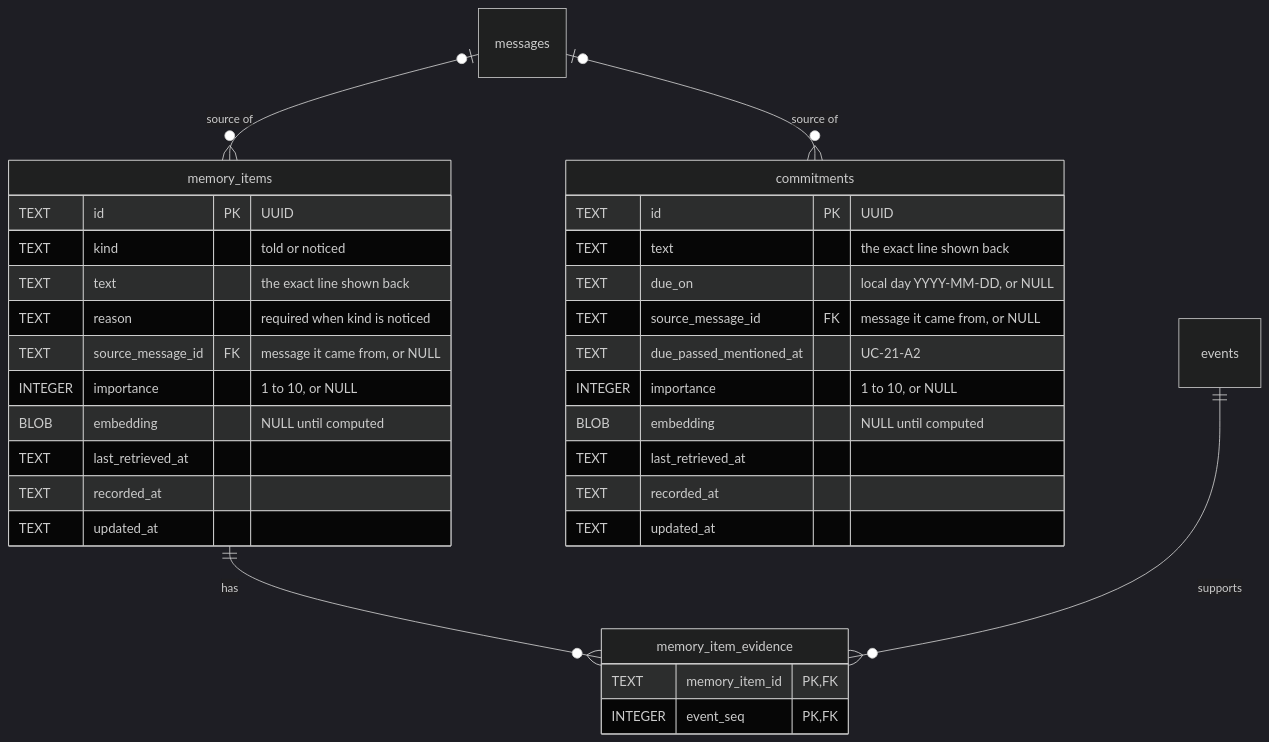
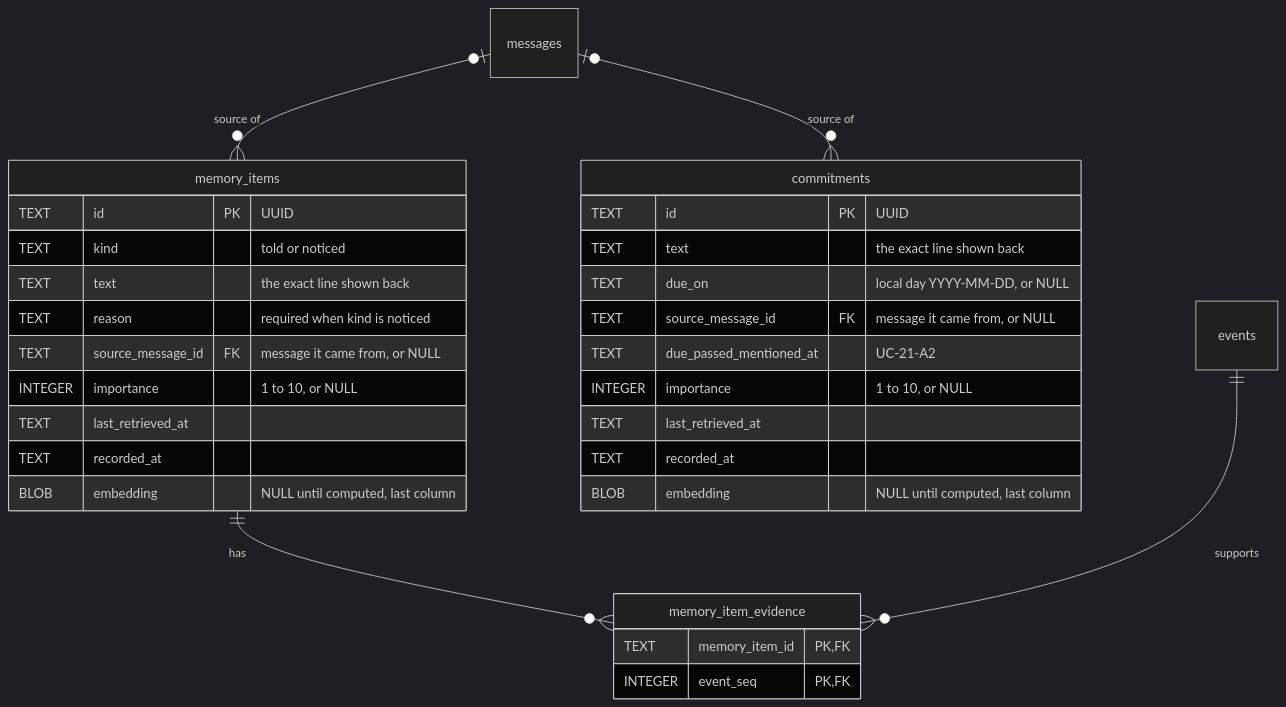
One commit to NguyenVu04/cognia changed the fourth of 10 diagrams in docs/ERD.md. Above: the diagram before and after it, drawn with Mermaid (dark theme). The commit also changed other lines of this file and 40 other files, not shown here.

````diff
--- a/docs/ERD.md
+++ b/docs/ERD.md
@@ -356,35 +405,33 @@
 ```mermaid
 erDiagram
     memory_items {
         TEXT id PK "UUID"
         TEXT kind "told or noticed"
         TEXT text "the exact line shown back"
         TEXT reason "required when kind is noticed"
         TEXT source_message_id FK "message it came from, or NULL"
         INTEGER importance "1 to 10, or NULL"
-        BLOB embedding "NULL until computed"
         TEXT last_retrieved_at
         TEXT recorded_at
-        TEXT updated_at
+        BLOB embedding "NULL until computed, last column"
     }
     memory_item_evidence {
         TEXT memory_item_id PK, FK
         INTEGER event_seq PK, FK
     }
     commitments {
         TEXT id PK "UUID"
         TEXT text "the exact line shown back"
         TEXT due_on "local day YYYY-MM-DD, or NULL"
         TEXT source_message_id FK "message it came from, or NULL"
         TEXT due_passed_mentioned_at "UC-21-A2"
         INTEGER importance "1 to 10, or NULL"
-        BLOB embedding "NULL until computed"
         TEXT last_retrieved_at
         TEXT recorded_at
-        TEXT updated_at
+        BLOB embedding "NULL until computed, last column"
     }
     messages |o--o{ memory_items : "source of"
     messages |o--o{ commitments : "source of"
     memory_items ||--o{ memory_item_evidence : "has"
     events ||--o{ memory_item_evidence : "supports"
 ```
````
